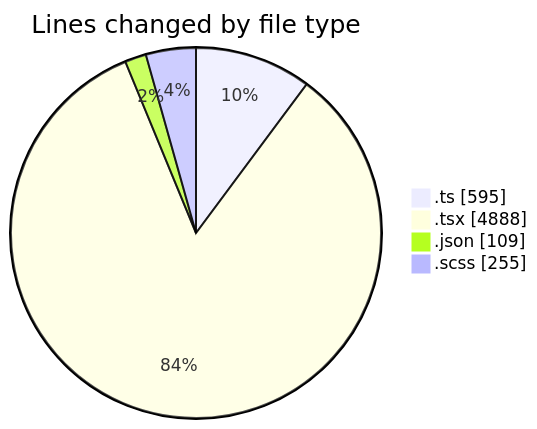
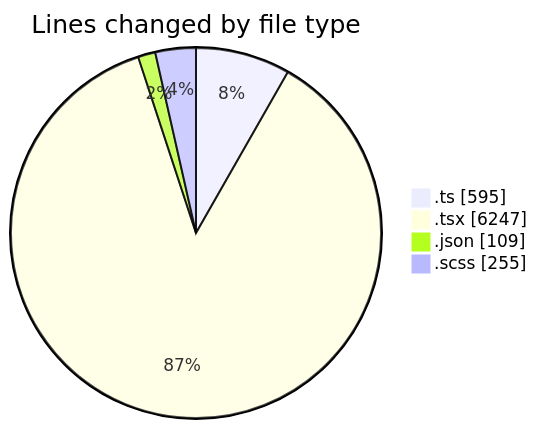
Before and after one commit to momahboobian/code-tracking: the first of 2 diagrams in 2025-07-04/cda/README.md, drawn with Mermaid. The commit also changed other lines of this file and 1 other file, not shown here.

````diff
--- a/2025-07-04/cda/README.md
+++ b/2025-07-04/cda/README.md
@@ -40,8 +41,8 @@
 ```mermaid
 pie showData
 title Lines changed by file type
 ".ts" : 595
-".tsx" : 4888
+".tsx" : 6247
 ".json" : 109
 ".scss" : 255
 ```
````
